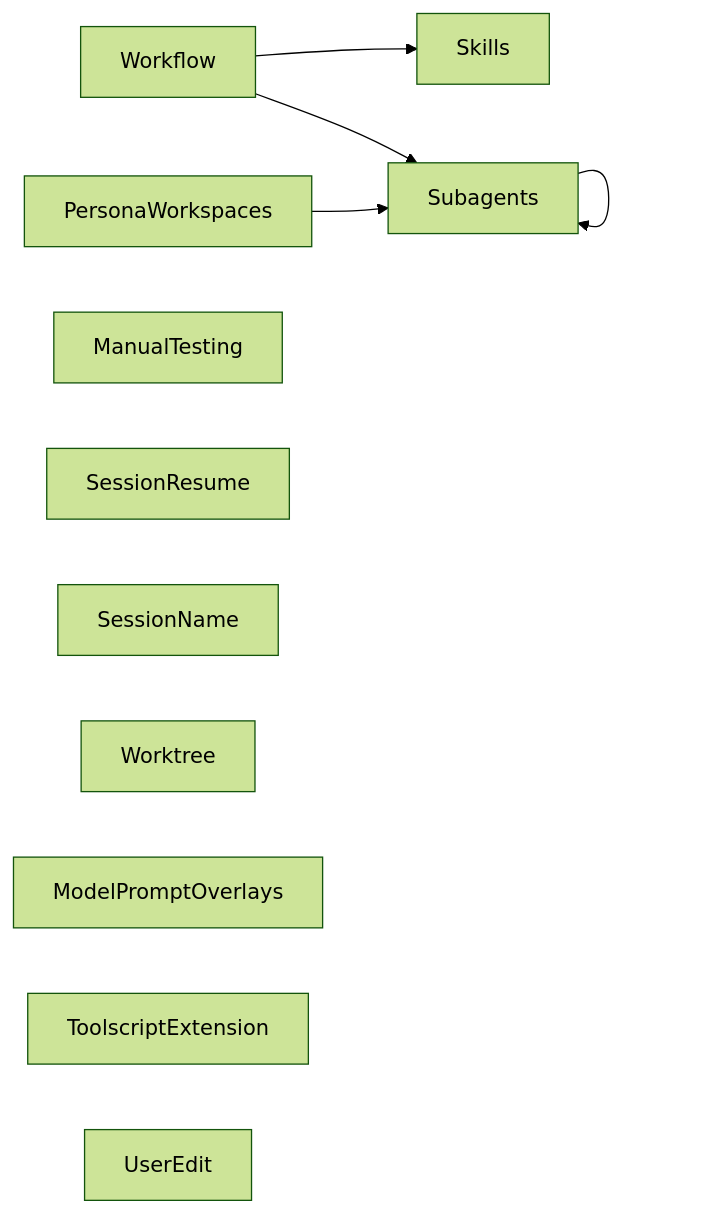
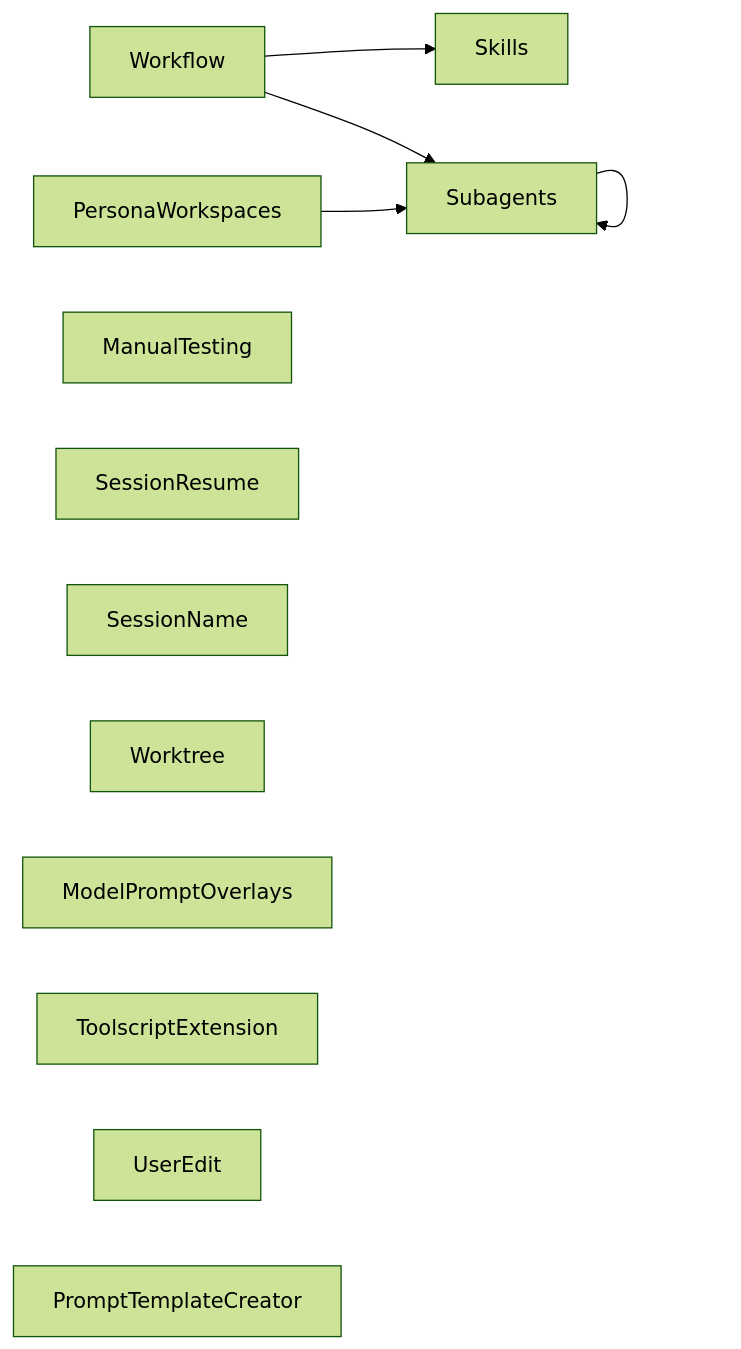
One commit to alennartz/my-pi changed the first of 2 diagrams in codemap.md. Above: the diagram before and after it, drawn with Mermaid (forest theme). The commit also changed other lines of this file and 3 other files, not shown here.

Commit message:
feat: add project prompt template command

````diff
--- a/codemap.md
+++ b/codemap.md
@@ -7,14 +7,15 @@
 ```mermaid
 graph LR
   Workflow --> Skills
   Workflow --> Subagents
   Subagents --> Subagents
   PersonaWorkspaces --> Subagents
   ManualTesting
   SessionResume
   SessionName
   Worktree
   ModelPromptOverlays
   ToolscriptExtension
   UserEdit
+  PromptTemplateCreator
 ```
````
